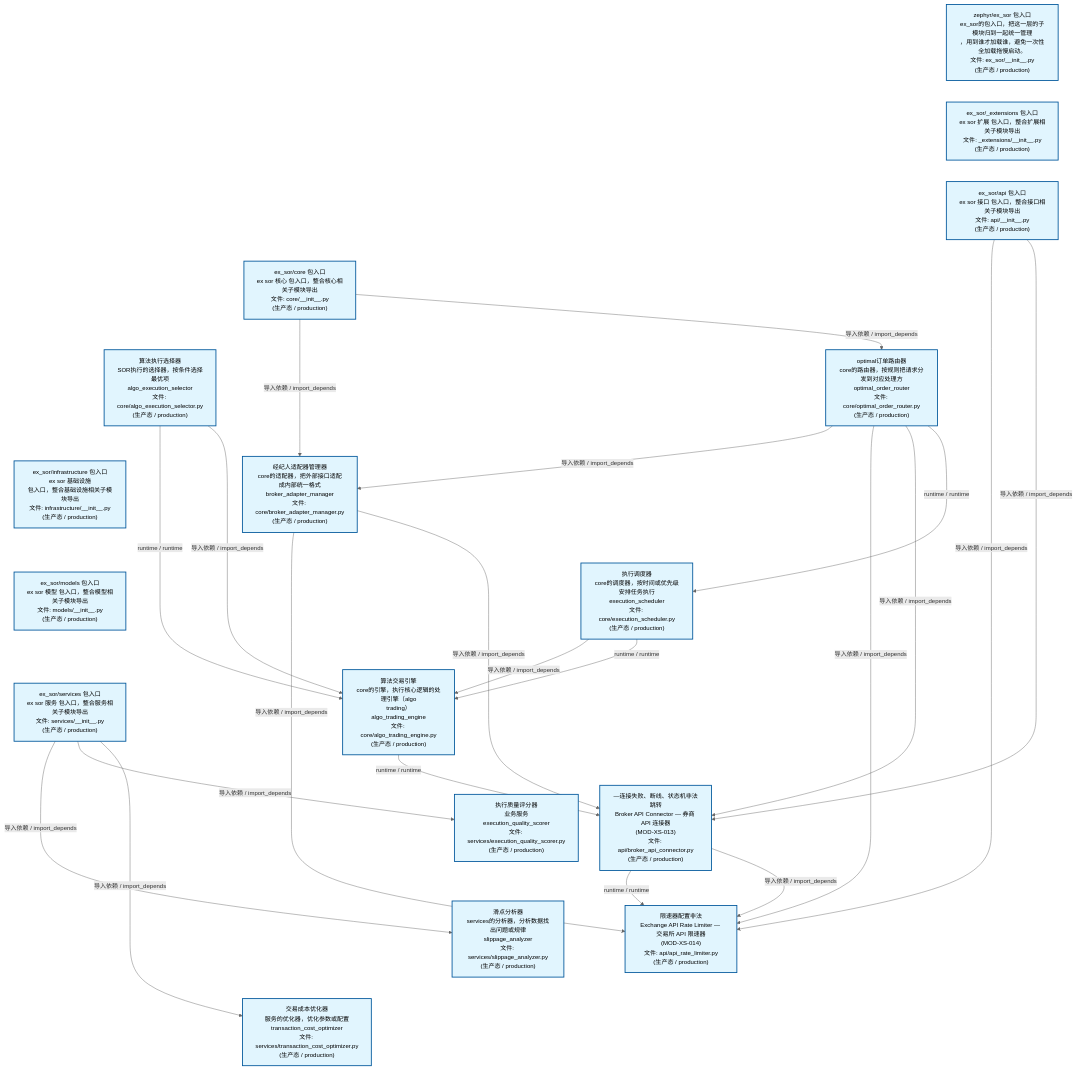
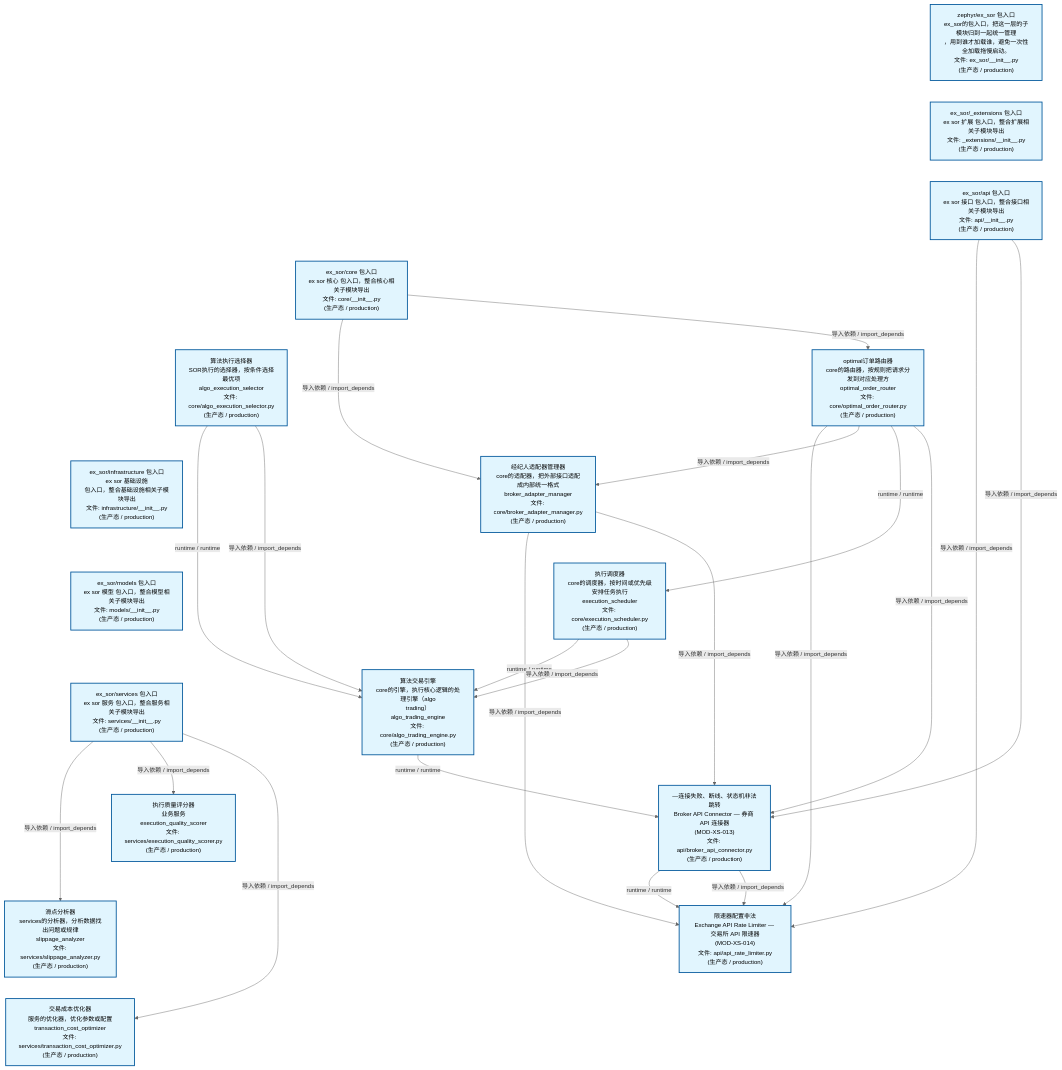
Before and after one commit to xuanFelixVan/ZephyrAlpha: the second of 3 diagrams in docs/02_enterprise_architecture/02_domain_architecture_docs/45_d_ex_sor.md, drawn with Mermaid. The commit also changed other lines of this file and 49 other files, not shown here.

````diff
--- a/docs/02_enterprise_architecture/02_domain_architecture_docs/45_d_ex_sor.md
+++ b/docs/02_enterprise_architecture/02_domain_architecture_docs/45_d_ex_sor.md
@@ -134,57 +134,57 @@
 ```mermaid
 %%{init: {'theme': 'base', 'themeVariables': {'primaryColor': '#eaeaea', 'primaryTextColor': '#333333', 'primaryBorderColor': '#666666', 'lineColor': '#666666', 'secondaryColor': '#eaeaea', 'tertiaryColor': '#eaeaea', 'fontSize': '14px'}}}%%
 flowchart TD
     src_zephyr_ex_sor_init_py["zephyr/ex_sor 包入口<br/>ex_sor的包入口，把这一层的子模块归到一起统一管理<br/>，用到谁才加载谁，避免一次性全加载拖慢启动。<br/>文件: ex_sor/__init__.py<br/>(生产态 / production)"]
     src_zephyr_ex_sor_extensions_init_py["ex_sor/_extensions 包入口<br/>ex sor 扩展 包入口，整合扩展相关子模块导出<br/>文件: _extensions/__init__.py<br/>(生产态 / production)"]
     src_zephyr_ex_sor_api_init_py["ex_sor/api 包入口<br/>ex sor 接口 包入口，整合接口相关子模块导出<br/>文件: api/__init__.py<br/>(生产态 / production)"]
     src_zephyr_ex_sor_core_init_py["ex_sor/core 包入口<br/>ex sor 核心 包入口，整合核心相关子模块导出<br/>文件: core/__init__.py<br/>(生产态 / production)"]
     src_zephyr_ex_sor_core_algo_execution_selector_py["算法执行选择器<br/>SOR执行的选择器，按条件选择最优项<br/>algo_execution_selector<br/>文件: core/algo_execution_selector.py<br/>(生产态 / production)"]
     src_zephyr_ex_sor_infrastructure_init_py["ex_sor/infrastructure 包入口<br/>ex sor 基础设施<br/>包入口，整合基础设施相关子模块导出<br/>文件: infrastructure/__init__.py<br/>(生产态 / production)"]
     src_zephyr_ex_sor_models_init_py["ex_sor/models 包入口<br/>ex sor 模型 包入口，整合模型相关子模块导出<br/>文件: models/__init__.py<br/>(生产态 / production)"]
     src_zephyr_ex_sor_services_init_py["ex_sor/services 包入口<br/>ex sor 服务 包入口，整合服务相关子模块导出<br/>文件: services/__init__.py<br/>(生产态 / production)"]
     src_zephyr_ex_sor_init_py ~~~ src_zephyr_ex_sor_extensions_init_py
     src_zephyr_ex_sor_extensions_init_py ~~~ src_zephyr_ex_sor_api_init_py
     src_zephyr_ex_sor_api_init_py ~~~ src_zephyr_ex_sor_core_init_py
     src_zephyr_ex_sor_core_init_py ~~~ src_zephyr_ex_sor_core_algo_execution_selector_py
     src_zephyr_ex_sor_core_algo_execution_selector_py ~~~ src_zephyr_ex_sor_infrastructure_init_py
     src_zephyr_ex_sor_infrastructure_init_py ~~~ src_zephyr_ex_sor_models_init_py
     src_zephyr_ex_sor_models_init_py ~~~ src_zephyr_ex_sor_services_init_py
     src_zephyr_ex_sor_core_optimal_order_router_py["optimal订单路由器<br/>core的路由器，按规则把请求分发到对应处理方<br/>optimal_order_router<br/>文件: core/optimal_order_router.py<br/>(生产态 / production)"]
     src_zephyr_ex_sor_services_execution_quality_scorer_py["执行质量评分器<br/>业务服务<br/>execution_quality_scorer<br/>文件: services/execution_quality_scorer.py<br/>(生产态 / production)"]
     src_zephyr_ex_sor_services_slippage_analyzer_py["滑点分析器<br/>services的分析器，分析数据找出问题或规律<br/>slippage_analyzer<br/>文件: services/slippage_analyzer.py<br/>(生产态 / production)"]
     src_zephyr_ex_sor_services_transaction_cost_optimizer_py["交易成本优化器<br/>服务的优化器，优化参数或配置<br/>transaction_cost_optimizer<br/>文件: services/transaction_cost_optimizer.py<br/>(生产态 / production)"]
     src_zephyr_ex_sor_core_optimal_order_router_py ~~~ src_zephyr_ex_sor_services_execution_quality_scorer_py
     src_zephyr_ex_sor_services_execution_quality_scorer_py ~~~ src_zephyr_ex_sor_services_slippage_analyzer_py
     src_zephyr_ex_sor_services_slippage_analyzer_py ~~~ src_zephyr_ex_sor_services_transaction_cost_optimizer_py
     src_zephyr_ex_sor_core_broker_adapter_manager_py["经纪人适配器管理器<br/>core的适配器，把外部接口适配成内部统一格式<br/>broker_adapter_manager<br/>文件: core/broker_adapter_manager.py<br/>(生产态 / production)"]
     src_zephyr_ex_sor_core_execution_scheduler_py["执行调度器<br/>core的调度器，按时间或优先级安排任务执行<br/>execution_scheduler<br/>文件: core/execution_scheduler.py<br/>(生产态 / production)"]
     src_zephyr_ex_sor_core_broker_adapter_manager_py ~~~ src_zephyr_ex_sor_core_execution_scheduler_py
     src_zephyr_ex_sor_core_algo_trading_engine_py["算法交易引擎<br/>core的引擎，执行核心逻辑的处理引擎（algo<br/>trading）<br/>algo_trading_engine<br/>文件: core/algo_trading_engine.py<br/>(生产态 / production)"]
     src_zephyr_ex_sor_api_broker_api_connector_py["—连接失败、断线、状态机非法跳转<br/>Broker API Connector — 券商 API 连接器<br/>(MOD-XS-013)<br/>文件: api/broker_api_connector.py<br/>(生产态 / production)"]
     src_zephyr_ex_sor_api_api_rate_limiter_py["限速器配置非法<br/>Exchange API Rate Limiter — 交易所 API 限速器<br/>(MOD-XS-014)<br/>文件: api/api_rate_limiter.py<br/>(生产态 / production)"]
     src_zephyr_ex_sor_api_init_py -->|导入依赖 / import_depends| src_zephyr_ex_sor_api_api_rate_limiter_py
     src_zephyr_ex_sor_api_init_py -->|导入依赖 / import_depends| src_zephyr_ex_sor_api_broker_api_connector_py
     src_zephyr_ex_sor_core_broker_adapter_manager_py -->|导入依赖 / import_depends| src_zephyr_ex_sor_api_api_rate_limiter_py
     src_zephyr_ex_sor_core_broker_adapter_manager_py -->|导入依赖 / import_depends| src_zephyr_ex_sor_api_broker_api_connector_py
-    src_zephyr_ex_sor_core_algo_trading_engine_py -->|runtime / runtime| src_zephyr_ex_sor_api_broker_api_connector_py
+    src_zephyr_ex_sor_core_execution_scheduler_py -->|runtime / runtime| src_zephyr_ex_sor_core_algo_trading_engine_py
+    src_zephyr_ex_sor_core_execution_scheduler_py -->|导入依赖 / import_depends| src_zephyr_ex_sor_core_algo_trading_engine_py
     src_zephyr_ex_sor_core_algo_execution_selector_py -->|runtime / runtime| src_zephyr_ex_sor_core_algo_trading_engine_py
     src_zephyr_ex_sor_core_algo_execution_selector_py -->|导入依赖 / import_depends| src_zephyr_ex_sor_core_algo_trading_engine_py
+    src_zephyr_ex_sor_core_algo_trading_engine_py -->|runtime / runtime| src_zephyr_ex_sor_api_broker_api_connector_py
+    src_zephyr_ex_sor_core_optimal_order_router_py -->|导入依赖 / import_depends| src_zephyr_ex_sor_api_api_rate_limiter_py
+    src_zephyr_ex_sor_core_optimal_order_router_py -->|导入依赖 / import_depends| src_zephyr_ex_sor_core_broker_adapter_manager_py
+    src_zephyr_ex_sor_core_optimal_order_router_py -->|runtime / runtime| src_zephyr_ex_sor_core_execution_scheduler_py
+    src_zephyr_ex_sor_core_optimal_order_router_py -->|导入依赖 / import_depends| src_zephyr_ex_sor_api_broker_api_connector_py
+    src_zephyr_ex_sor_core_init_py -->|导入依赖 / import_depends| src_zephyr_ex_sor_core_broker_adapter_manager_py
+    src_zephyr_ex_sor_core_init_py -->|导入依赖 / import_depends| src_zephyr_ex_sor_core_optimal_order_router_py
     src_zephyr_ex_sor_api_broker_api_connector_py -->|runtime / runtime| src_zephyr_ex_sor_api_api_rate_limiter_py
     src_zephyr_ex_sor_api_broker_api_connector_py -->|导入依赖 / import_depends| src_zephyr_ex_sor_api_api_rate_limiter_py
-    src_zephyr_ex_sor_core_execution_scheduler_py -->|导入依赖 / import_depends| src_zephyr_ex_sor_core_algo_trading_engine_py
-    src_zephyr_ex_sor_core_execution_scheduler_py -->|runtime / runtime| src_zephyr_ex_sor_core_algo_trading_engine_py
-    src_zephyr_ex_sor_core_init_py -->|导入依赖 / import_depends| src_zephyr_ex_sor_core_broker_adapter_manager_py
-    src_zephyr_ex_sor_core_init_py -->|导入依赖 / import_depends| src_zephyr_ex_sor_core_optimal_order_router_py
-    src_zephyr_ex_sor_core_optimal_order_router_py -->|导入依赖 / import_depends| src_zephyr_ex_sor_core_broker_adapter_manager_py
-    src_zephyr_ex_sor_core_optimal_order_router_py -->|导入依赖 / import_depends| src_zephyr_ex_sor_api_api_rate_limiter_py
-    src_zephyr_ex_sor_core_optimal_order_router_py -->|导入依赖 / import_depends| src_zephyr_ex_sor_api_broker_api_connector_py
-    src_zephyr_ex_sor_core_optimal_order_router_py -->|runtime / runtime| src_zephyr_ex_sor_core_execution_scheduler_py
     src_zephyr_ex_sor_services_init_py -->|导入依赖 / import_depends| src_zephyr_ex_sor_services_slippage_analyzer_py
     src_zephyr_ex_sor_services_init_py -->|导入依赖 / import_depends| src_zephyr_ex_sor_services_execution_quality_scorer_py
     src_zephyr_ex_sor_services_init_py -->|导入依赖 / import_depends| src_zephyr_ex_sor_services_transaction_cost_optimizer_py
     classDef production fill:#e1f5fe,stroke:#01579b,stroke-width:2px,color:#000
     classDef design fill:#fff3e0,stroke:#e65100,stroke-width:2px,color:#000,stroke-dasharray: 5 5
     classDef external_prod fill:#e8f4fd,stroke:#0277bd,stroke-width:1px,color:#000
     classDef external_design fill:#fff8e7,stroke:#ef6c00,stroke-width:1px,color:#000,stroke-dasharray: 5 5
     class src_zephyr_ex_sor_init_py,src_zephyr_ex_sor_extensions_init_py,src_zephyr_ex_sor_api_init_py,src_zephyr_ex_sor_api_api_rate_limiter_py,src_zephyr_ex_sor_api_broker_api_connector_py,src_zephyr_ex_sor_core_init_py,src_zephyr_ex_sor_core_algo_execution_selector_py,src_zephyr_ex_sor_core_algo_trading_engine_py,src_zephyr_ex_sor_core_broker_adapter_manager_py,src_zephyr_ex_sor_core_execution_scheduler_py,src_zephyr_ex_sor_core_optimal_order_router_py,src_zephyr_ex_sor_infrastructure_init_py,src_zephyr_ex_sor_models_init_py,src_zephyr_ex_sor_services_init_py,src_zephyr_ex_sor_services_execution_quality_scorer_py,src_zephyr_ex_sor_services_slippage_analyzer_py,src_zephyr_ex_sor_services_transaction_cost_optimizer_py production
 ```
````
